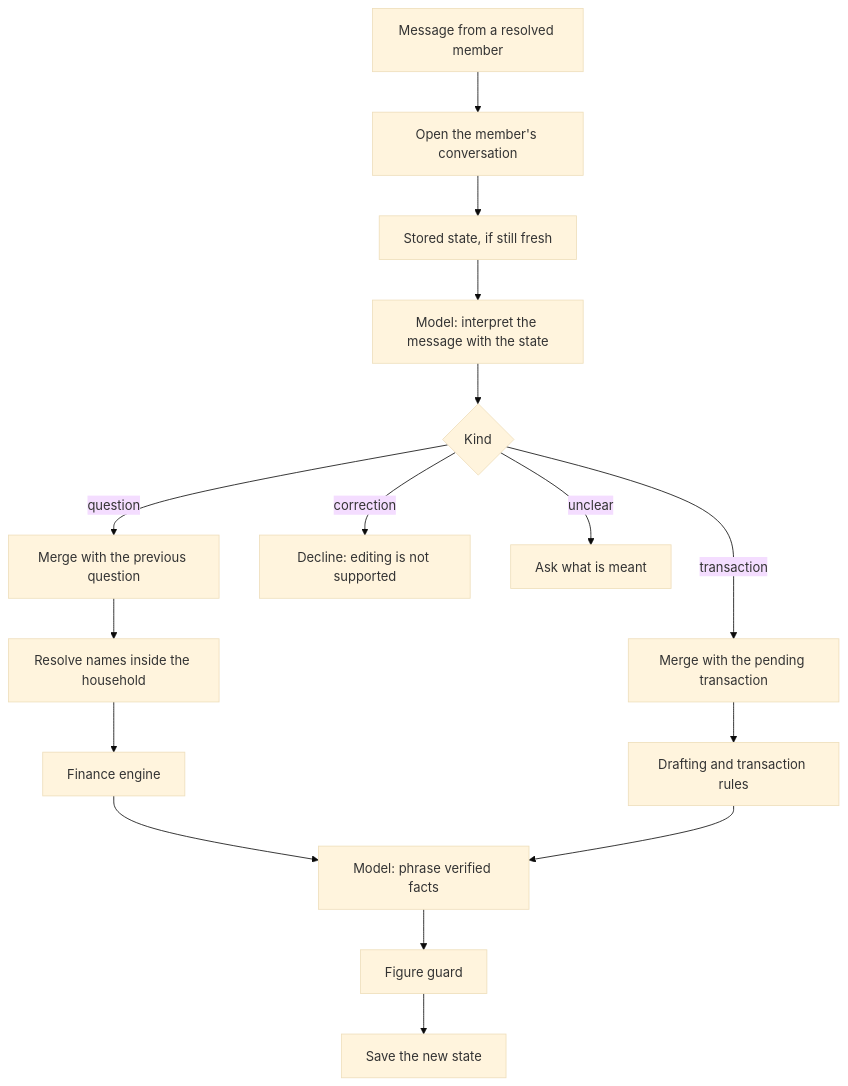
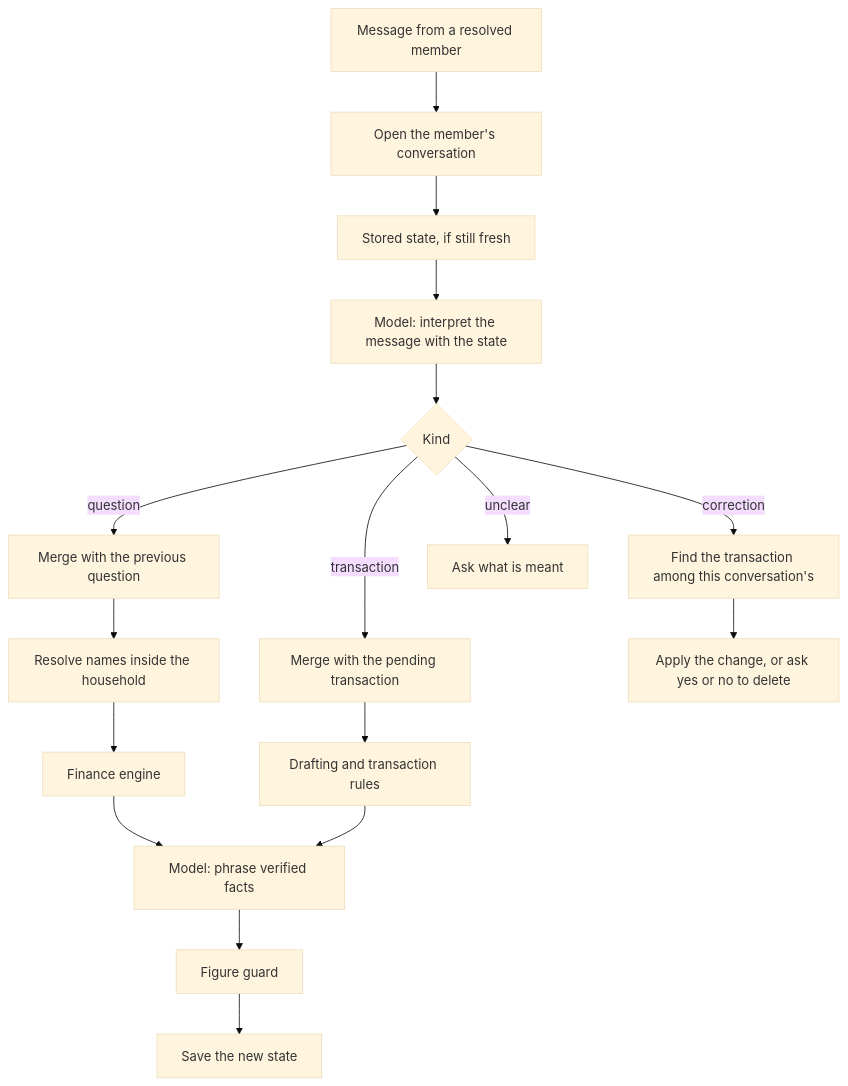
Before and after one commit to guilhermedecastrogt/ai-personal-cfo: the diagram in docs/conversation.md, drawn with Mermaid (base theme). The commit also changed other lines of this file and 27 other files, not shown here.

First line of the commit message:
feat(conversation): correct and delete transactions from the chat

````diff
--- a/docs/conversation.md
+++ b/docs/conversation.md
@@ -7,18 +7,19 @@
 ```mermaid
 flowchart TD
     Message[Message from a resolved member] --> Open[Open the member's conversation]
     Open --> State[Stored state, if still fresh]
     State --> Interpret[Model: interpret the message with the state]
     Interpret --> Kind{Kind}
     Kind -->|question| Follow[Merge with the previous question]
     Follow --> Resolve[Resolve names inside the household]
     Resolve --> Engine[Finance engine]
     Kind -->|transaction| Complete[Merge with the pending transaction]
     Complete --> Rules[Drafting and transaction rules]
-    Kind -->|correction| Decline[Decline: editing is not supported]
+    Kind -->|correction| Find[Find the transaction among this conversation's]
+    Find --> Apply[Apply the change, or ask yes or no to delete]
     Kind -->|unclear| Ask[Ask what is meant]
     Engine --> Reply[Model: phrase verified facts]
     Rules --> Reply
     Reply --> Guard[Figure guard]
     Guard --> Save[Save the new state]
 ```
````
